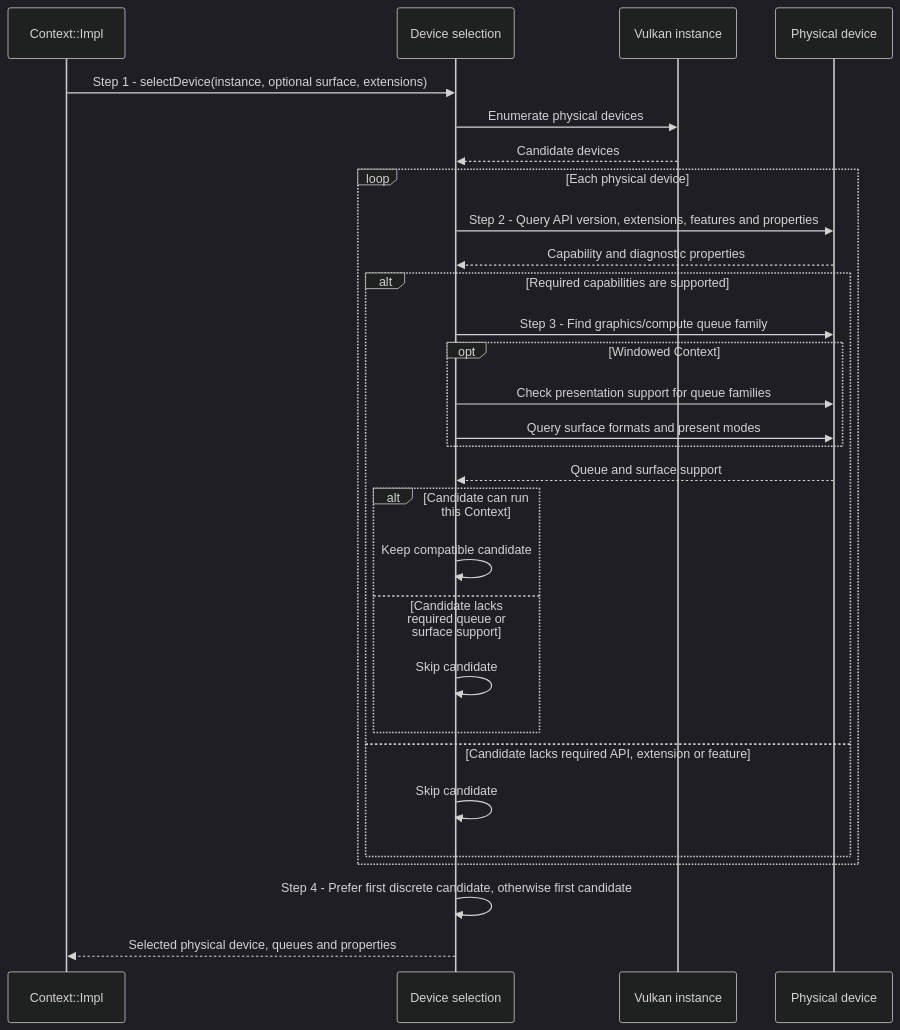
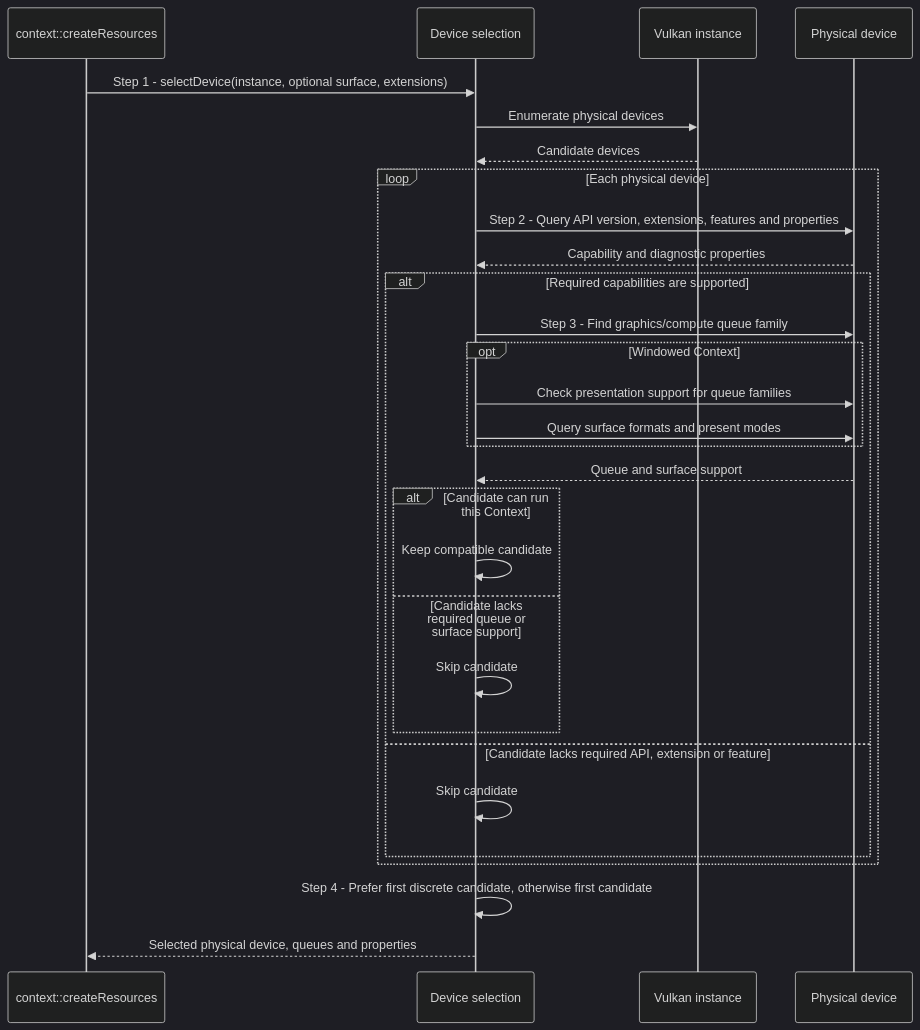
One commit to a-soltysik/Panda changed the diagram in docs/use-cases/select-vulkan-device.md. Above: the diagram before and after it, drawn with Mermaid (dark theme). The commit also changed other lines of this file and 11 other files, not shown here.

````diff
--- a/docs/use-cases/select-vulkan-device.md
+++ b/docs/use-cases/select-vulkan-device.md
@@ -52,31 +52,31 @@
 ```mermaid
 sequenceDiagram
-    participant C as Context::Impl
+    participant C as context::createResources
     participant S as Device selection
     participant I as Vulkan instance
     participant D as Physical device
     C->>S: Step 1 - selectDevice(instance, optional surface, extensions)
     S->>I: Enumerate physical devices
     I-->>S: Candidate devices
     loop Each physical device
         S->>D: Step 2 - Query API version, extensions, features and properties
         D-->>S: Capability and diagnostic properties
         alt Required capabilities are supported
             S->>D: Step 3 - Find graphics/compute queue family
             opt Windowed Context
                 S->>D: Check presentation support for queue families
                 S->>D: Query surface formats and present modes
             end
             D-->>S: Queue and surface support
             alt Candidate can run this Context
                 S->>S: Keep compatible candidate
             else Candidate lacks required queue or surface support
                 S->>S: Skip candidate
             end
         else Candidate lacks required API, extension or feature
             S->>S: Skip candidate
         end
     end
     S->>S: Step 4 - Prefer first discrete candidate, otherwise first candidate
     S-->>C: Selected physical device, queues and properties
 ```
````
